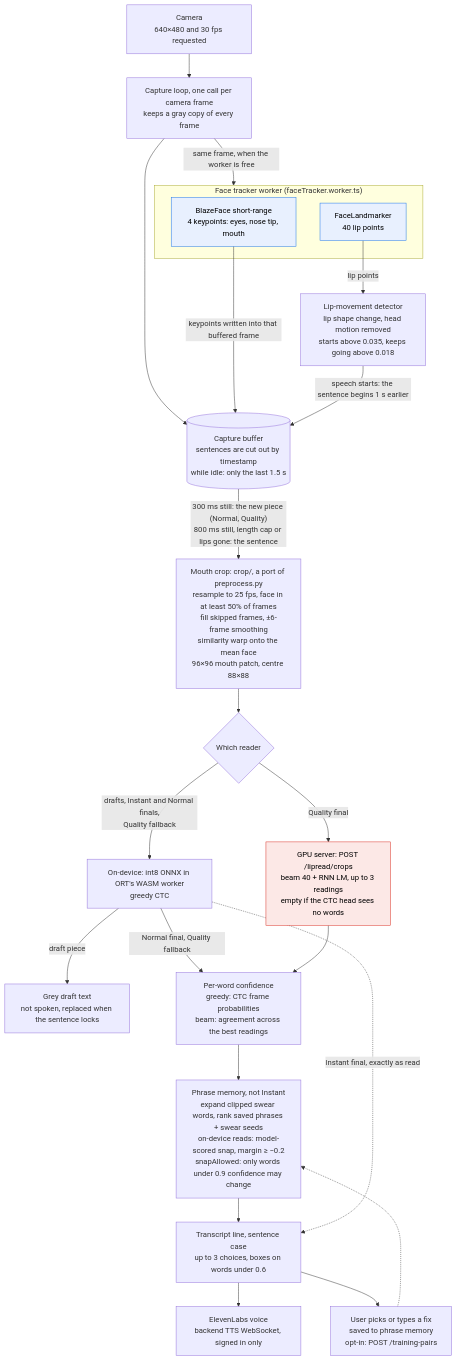
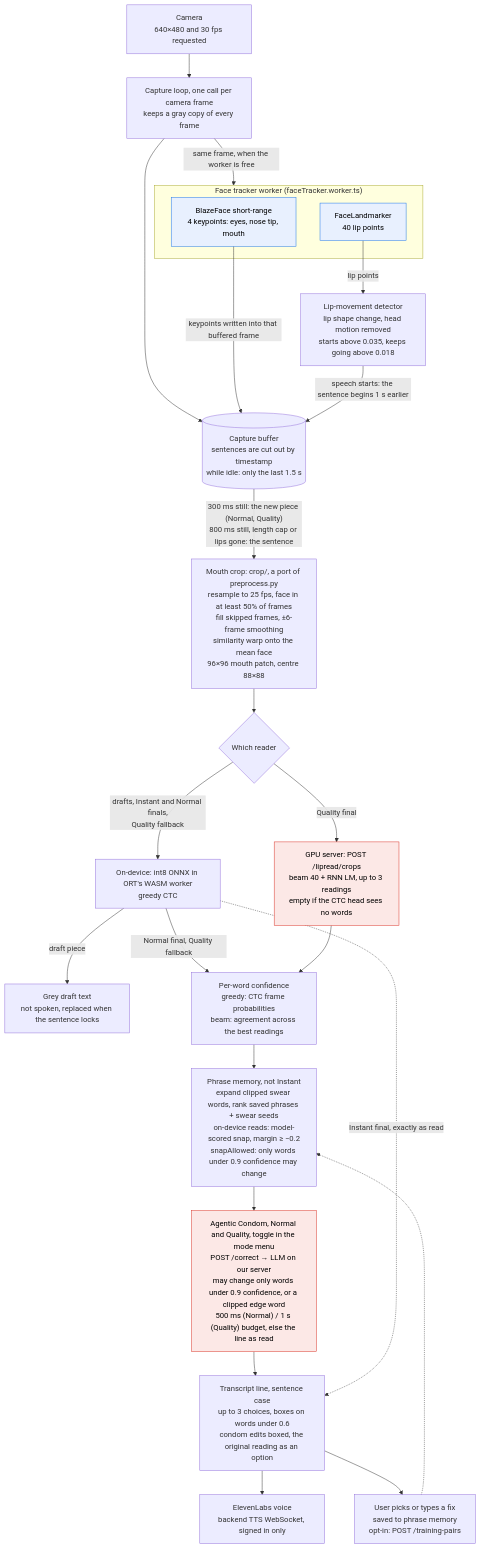
Before and after one commit to LMSAIH/stormhacks2026: the diagram in docs/architecture/lipread-pipeline.md, drawn with Mermaid. The commit also changed other lines of this file and 11 other files, not shown here.

First line of the commit message:
docs(condom): design doc, diagrams; feat(ml): stricter bracket knob, app-eval A/B harness

````diff
--- a/docs/architecture/lipread-pipeline.md
+++ b/docs/architecture/lipread-pipeline.md
@@ -9,48 +10,50 @@
 ```mermaid
 flowchart TD
   cam["Camera<br/>640×480 and 30 fps requested"]
   cap["Capture loop, one call per camera frame<br/>keeps a gray copy of every frame"]
   buf[("Capture buffer<br/>sentences are cut out by timestamp<br/>while idle: only the last 1.5 s")]
 
   subgraph wk["Face tracker worker (faceTracker.worker.ts)"]
     bf["BlazeFace short-range<br/>4 keypoints: eyes, nose tip, mouth"]
     fl["FaceLandmarker<br/>40 lip points"]
   end
 
   vad["Lip-movement detector<br/>lip shape change, head motion removed<br/>starts above 0.035, keeps going above 0.018"]
   crop["Mouth crop: crop/, a port of preprocess.py<br/>resample to 25 fps, face in at least 50% of frames<br/>fill skipped frames, ±6-frame smoothing<br/>similarity warp onto the mean face<br/>96×96 mouth patch, centre 88×88"]
   which{"Which reader"}
   local["On-device: int8 ONNX in ORT's WASM worker<br/>greedy CTC"]
   server["GPU server: POST /lipread/crops<br/>beam 40 + RNN LM, up to 3 readings<br/>empty if the CTC head sees no words"]
   draft["Grey draft text<br/>not spoken, replaced when the sentence locks"]
   conf["Per-word confidence<br/>greedy: CTC frame probabilities<br/>beam: agreement across the best readings"]
   mem["Phrase memory, not Instant<br/>expand clipped swear words, rank saved phrases + swear seeds<br/>on-device reads: model-scored snap, margin ≥ −0.2<br/>snapAllowed: only words under 0.9 confidence may change"]
-  line["Transcript line, sentence case<br/>up to 3 choices, boxes on words under 0.6"]
+  condom["Agentic Condom, Normal and Quality, toggle in the mode menu<br/>POST /correct → LLM on our server<br/>may change only words under 0.9 confidence, or a clipped edge word<br/>500 ms (Normal) / 1 s (Quality) budget, else the line as read"]
+  line["Transcript line, sentence case<br/>up to 3 choices, boxes on words under 0.6<br/>condom edits boxed, the original reading as an option"]
   tts["ElevenLabs voice<br/>backend TTS WebSocket, signed in only"]
   fix["User picks or types a fix<br/>saved to phrase memory<br/>opt-in: POST /training-pairs"]
 
   cam --> cap
   cap --> buf
   cap -->|"same frame, when the worker is free"| wk
   bf -->|"keypoints written into that buffered frame"| buf
   fl -->|"lip points"| vad
   vad -->|"speech starts: the sentence begins 1 s earlier"| buf
   buf -->|"300 ms still: the new piece (Normal, Quality)<br/>800 ms still, length cap or lips gone: the sentence"| crop
   crop --> which
   which -->|"drafts, Instant and Normal finals,<br/>Quality fallback"| local
   which -->|"Quality final"| server
   local -->|"draft piece"| draft
   local -->|"Normal final, Quality fallback"| conf
   server --> conf
   conf --> mem
-  mem --> line
+  mem --> condom
+  condom --> line
   local -.->|"Instant final, exactly as read"| line
   line --> tts
   line --> fix
   fix -.-> mem
 
   classDef worker fill:#e8f0fe,stroke:#1a73e8,color:#000
   classDef gpu fill:#fce8e6,stroke:#d93025,color:#000
   class bf,fl worker
-  class server gpu
+  class server,condom gpu
 ```
````
